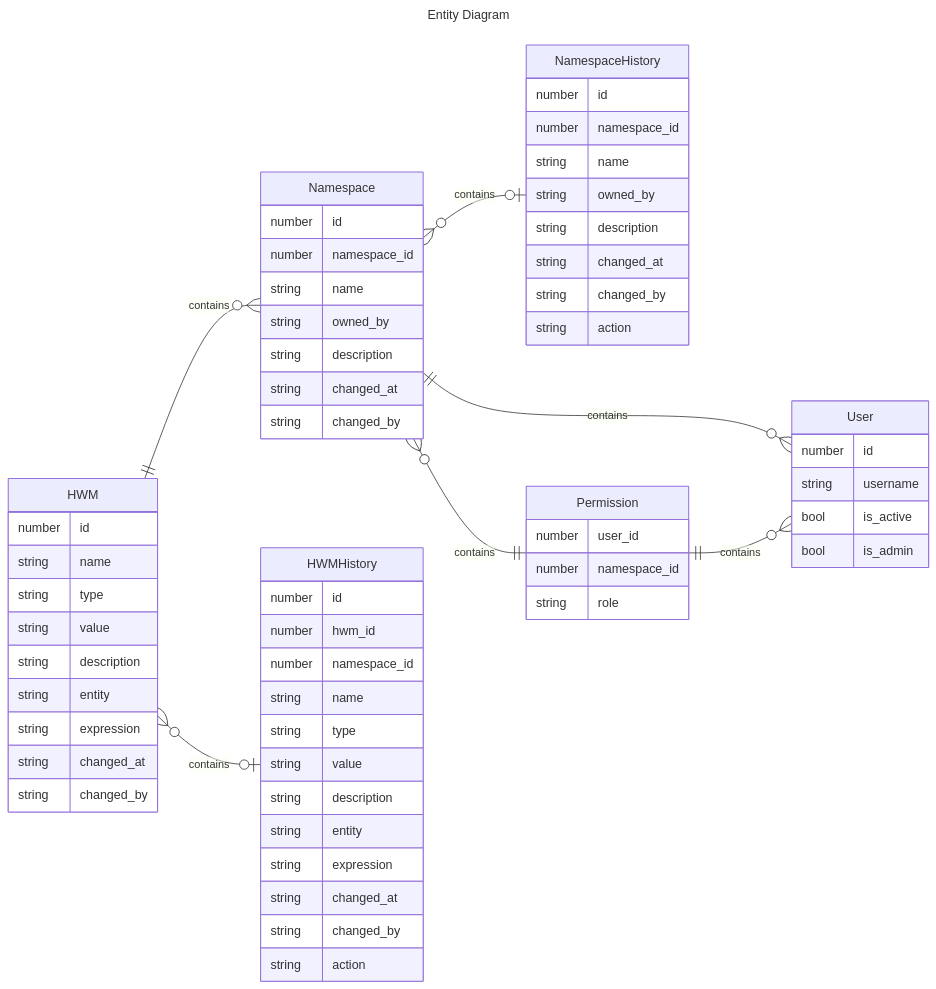
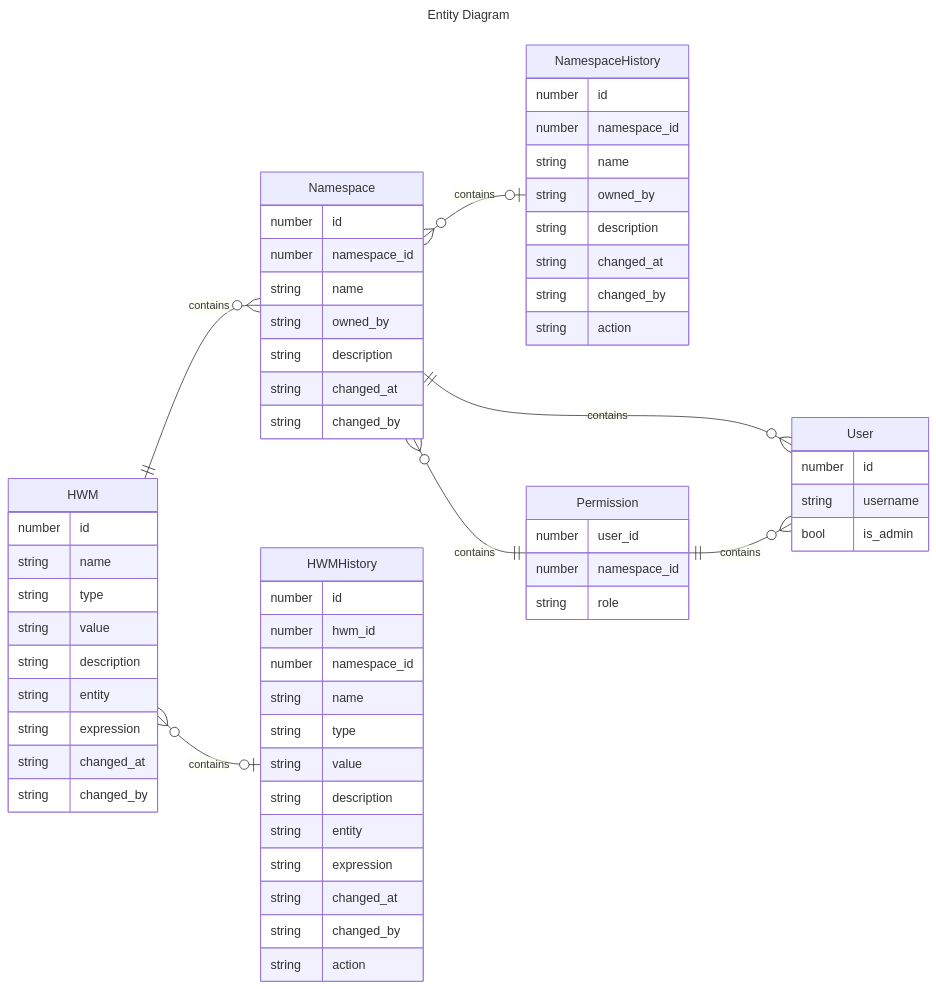
Before and after one commit to MTSWebServices/horizon: the diagram in mddocs/docs/design/entities.md, drawn with Mermaid. The commit also changed other lines of this file and 12 other files, not shown here.

````diff
--- a/mddocs/docs/design/entities.md
+++ b/mddocs/docs/design/entities.md
@@ -150,75 +149,74 @@
 ```mermaid
 ---
 title: Entity Diagram
 ---
 erDiagram
     direction LR
     User {
         number id
         string username
-        bool is_active
         bool is_admin
     }
 
     Namespace {
         number id
         number namespace_id
         string name
         string owned_by
         string description
         string changed_at
         string changed_by
     }
 
     HWM {
         number id
         string name
         string type
         string value
         string description
         string entity
         string expression
         string changed_at
         string changed_by
     }
 
     NamespaceHistory {
         number id
         number namespace_id
         string name
         string owned_by
         string description
         string changed_at
         string changed_by
         string action
     }
 
 
     HWMHistory {
         number id
         number hwm_id
         number namespace_id
         string name
         string type
         string value
         string description
         string entity
         string expression
         string changed_at
         string changed_by
         string action
     }
 
     Permission {
         number user_id
         number namespace_id
         string role
     }
 
     HWM ||--o{ Namespace: contains
     Namespace }o--o| NamespaceHistory: contains
     HWM }o--o| HWMHistory: contains
     Namespace  ||--o{ User: contains
     Namespace }o--|| Permission: contains
     Permission ||--o{ User: contains
 ```
````
